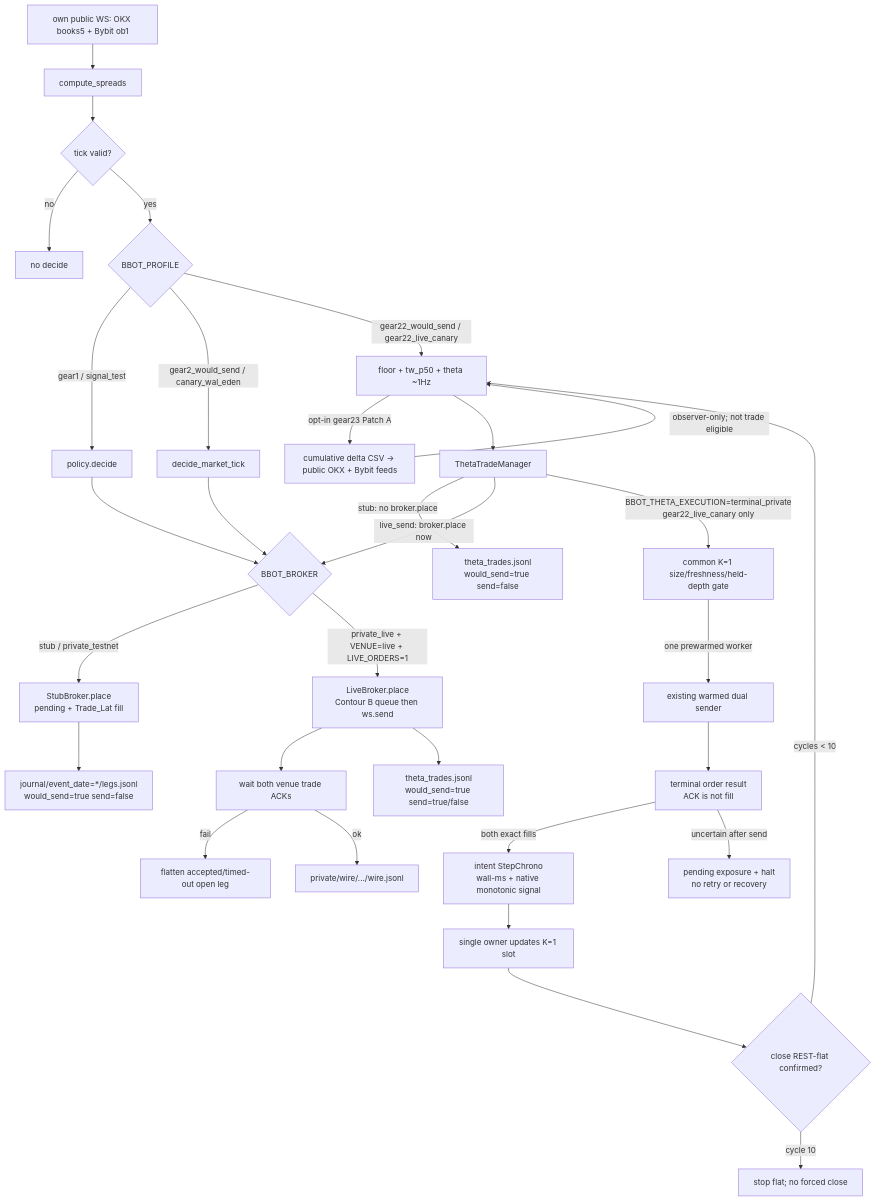
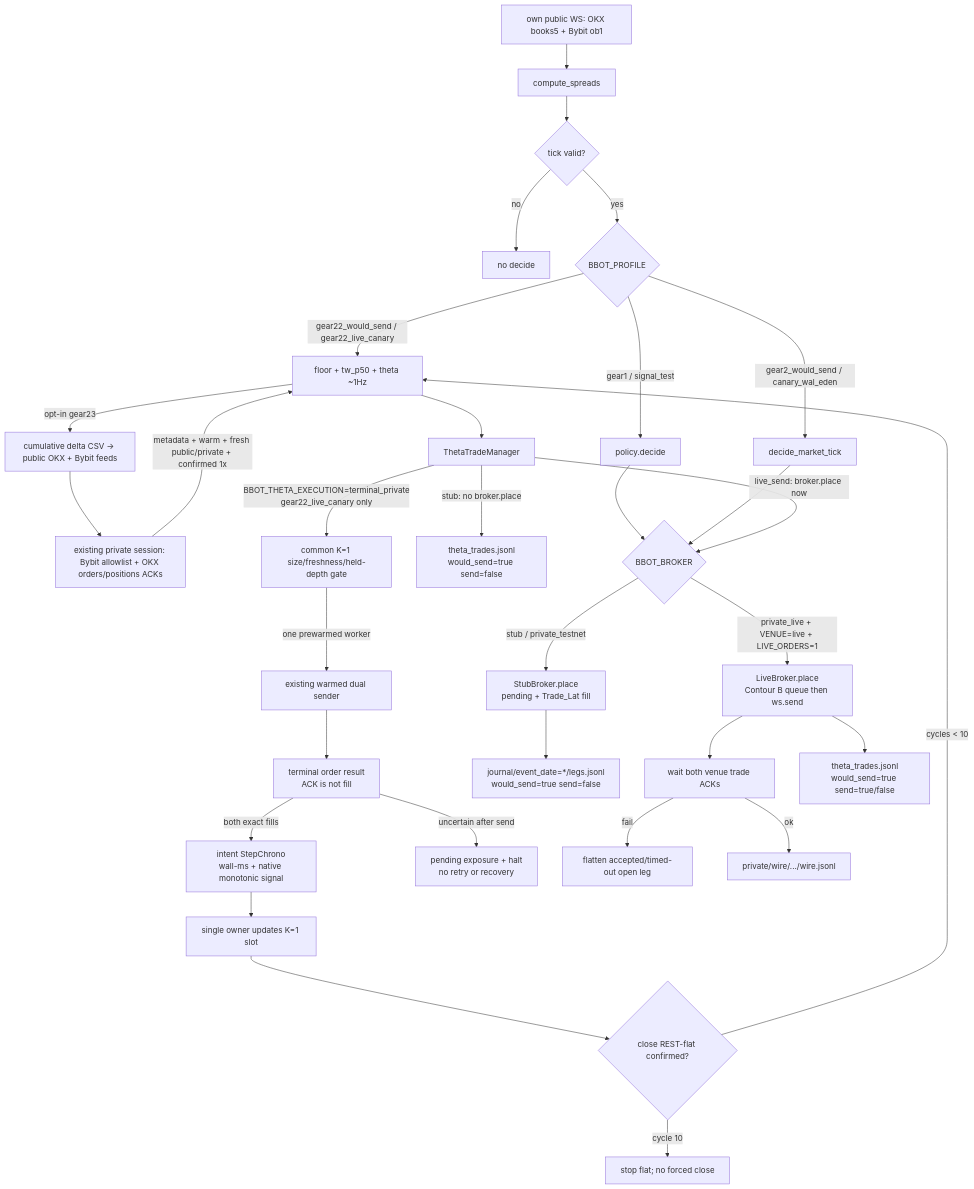
The third of 3 diagrams in architecture.md (anabol21/arb_bots), drawn with Mermaid before and after one commit. The commit also changed other lines of this file and 10 other files, not shown here.

Commit message:
feat: add private readiness to Gear23 pool

````diff
--- a/architecture.md
+++ b/architecture.md
@@ -206,37 +208,38 @@
 ```mermaid
 flowchart TB
   books[own public WS: OKX books5 + Bybit ob1]
   books --> spreads[compute_spreads]
   spreads --> valid{tick valid?}
   valid -->|no| drop[no decide]
   valid -->|yes| profile{BBOT_PROFILE}
 
   profile -->|gear1 / signal_test| tickDecide["policy.decide"]
   profile -->|gear2_would_send / canary_wal_eden| mktDecide["decide_market_tick"]
   profile -->|gear22_would_send / gear22_live_canary| observers["floor + tw_p50 + theta ~1Hz"]
-  observers -->|opt-in gear23 Patch A| pool["cumulative delta CSV → public OKX + Bybit feeds"]
-  pool -->|observer-only; not trade eligible| observers
+  observers -->|opt-in gear23| pool["cumulative delta CSV → public OKX + Bybit feeds"]
+  pool --> privpool["existing private session: Bybit allowlist + OKX orders/positions ACKs"]
+  privpool -->|metadata + warm + fresh public/private + confirmed 1x| observers
   observers --> thetaDec["ThetaTradeManager"]
   tickDecide --> place
   mktDecide --> place
   thetaDec -->|stub: no broker.place| thetaJ["theta_trades.jsonl\nwould_send=true send=false"]
   thetaDec -->|live_send: broker.place now| place
   thetaDec -->|BBOT_THETA_EXECUTION=terminal_private\ngear22_live_canary only| canaryGate["common K=1 size/freshness/held-depth gate"]
   canaryGate -->|one prewarmed worker| privateSend["existing warmed dual sender"]
   privateSend --> terminal["terminal order result\nACK is not fill"]
   terminal -->|both exact fills| journal["intent StepChrono\nwall-ms + native monotonic signal"]
   journal --> slot["single owner updates K=1 slot"]
   slot --> flat{"close REST-flat confirmed?"}
   flat -->|cycles < 10| observers
   flat -->|cycle 10| stop["stop flat; no forced close"]
   terminal -->|uncertain after send| halt["pending exposure + halt\nno retry or recovery"]
 
   place{BBOT_BROKER}
   place -->|stub / private_testnet| stub["StubBroker.place\npending + Trade_Lat fill"]
   stub --> legs["journal/event_date=*/legs.jsonl\nwould_send=true send=false"]
   place -->|private_live + VENUE=live + LIVE_ORDERS=1| live["LiveBroker.place\nContour B queue then ws.send"]
   live --> ack[wait both venue trade ACKs]
   ack -->|fail| flatten[flatten accepted/timed-out open leg]
   ack -->|ok| wire["private/wire/.../wire.jsonl"]
   live --> thetaLive["theta_trades.jsonl\nwould_send=true send=true/false"]
 ```
````
